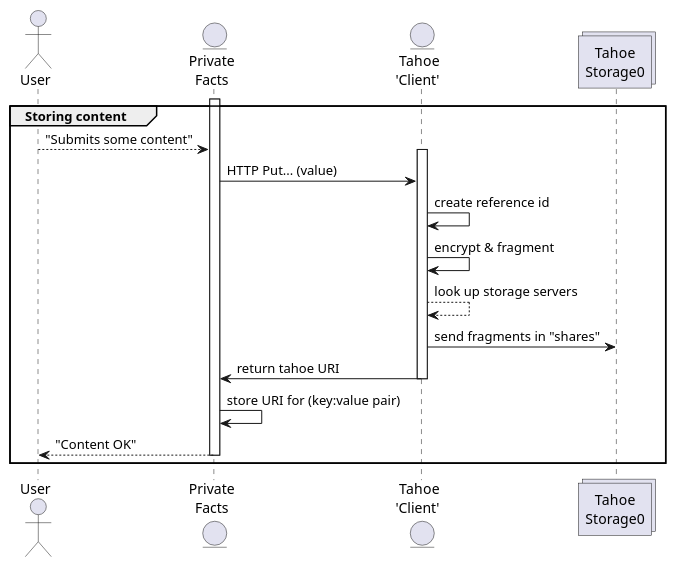
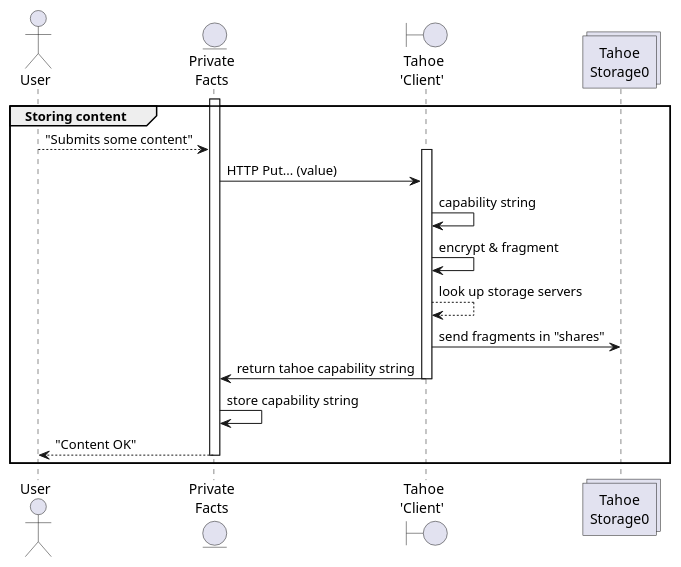
One commit to blaisep/private_facts changed the diagram in docs/source/dict_store.puml. Above: the diagram before and after it, drawn with PlantUML. The commit also changed 4 other files, not shown here.

Commit message:
Format and edit diagrams.

```diff
--- a/docs/source/dict_store.puml
+++ b/docs/source/dict_store.puml
@@ -1,25 +1,25 @@
 @startuml
 skinparam Shadowing false
 
 actor "User" as user
 entity "Private\nFacts" as app
-entity "Tahoe\n'Client' " as tahoe
+Boundary "Tahoe\n'Client' " as tahoe
 Collections "Tahoe\nStorage0" as disk
 
 group Storing content
 activate app
 user --> app : "Submits some content"
     activate tahoe
     app -> tahoe : HTTP Put... (value)
-    tahoe -> tahoe : create reference id
+    tahoe -> tahoe : capability string
     tahoe -> tahoe : encrypt & fragment
     tahoe --> tahoe : look up storage servers
     tahoe ->  disk : send fragments in "shares"
-    tahoe -> app : return tahoe URI
+    tahoe -> app : return tahoe capability string
     deactivate tahoe
-app -> app : store URI for (key:value pair)
+app -> app : store capability string
 app --> user : "Content OK"
 deactivate app
 
 end
 @enduml
```
